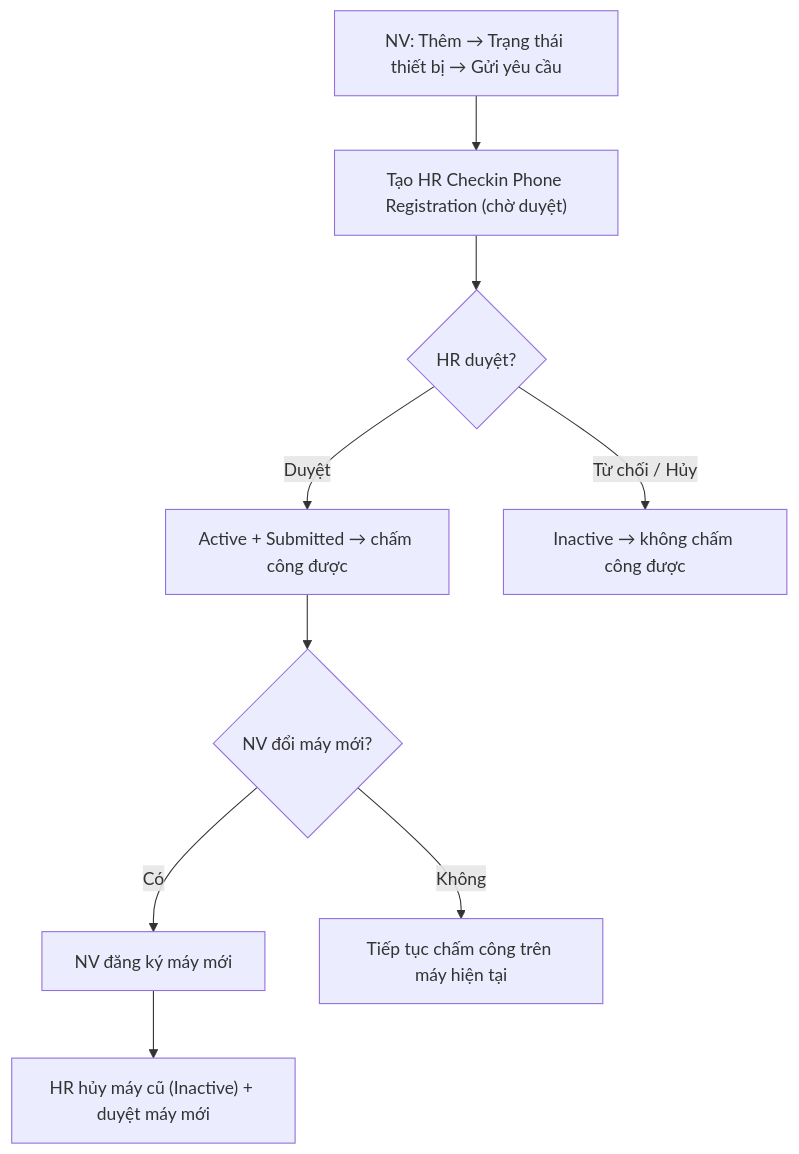
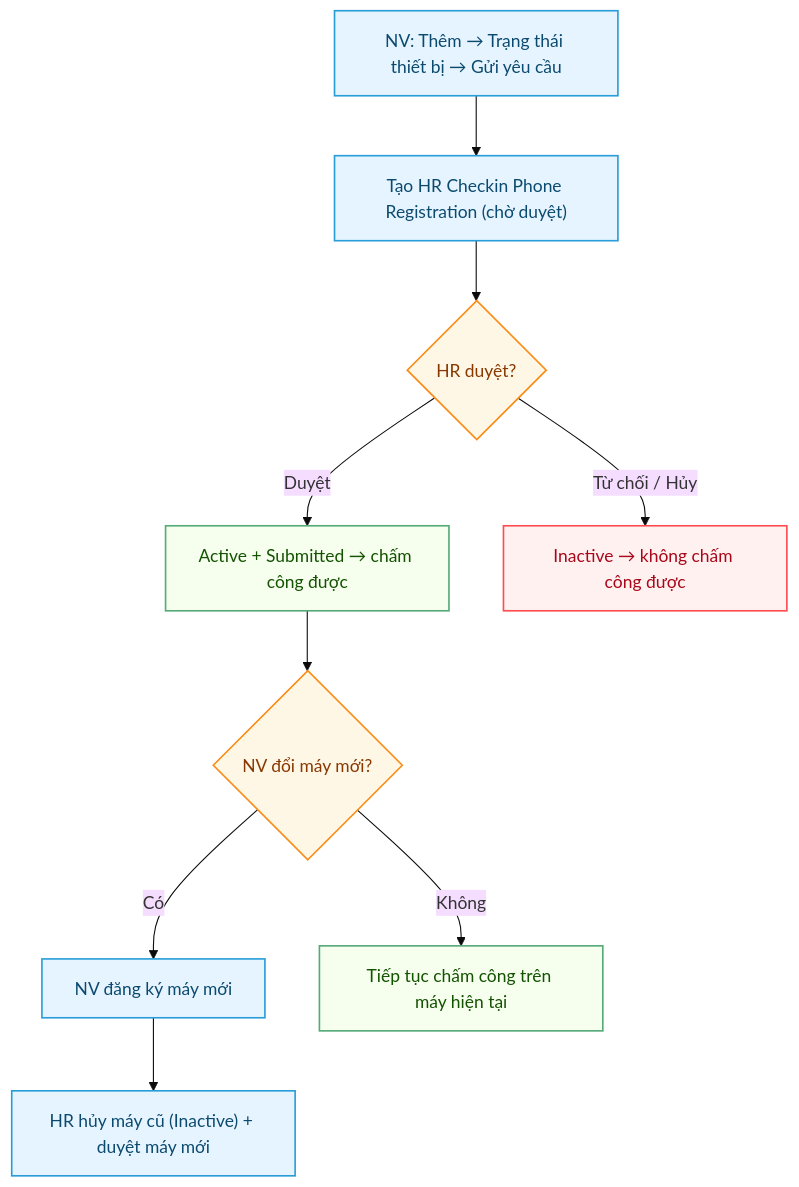
The diagram in users/HR-Checkin-Phone-Registration.md (CobeGroup/cobe_erp_documents), drawn with Mermaid before and after one commit. The commit also changed 5 other files, not shown here.

First line of the commit message:
docs: flowchart tô màu theo loại ô (process/decision/kết quả) + tăng cỡ chữ doc

````diff
--- a/users/HR-Checkin-Phone-Registration.md
+++ b/users/HR-Checkin-Phone-Registration.md
@@ -19,11 +19,22 @@
 ```mermaid
+%%{init: {'theme':'base','themeVariables':{'fontSize':'16px'},'flowchart':{'nodeSpacing':50,'rankSpacing':55}}}%%
 flowchart TD
+  classDef process fill:#e6f4ff,stroke:#299dd8,stroke-width:1.5px,color:#0b4a6f;
+  classDef decision fill:#fff7e6,stroke:#fa8c16,stroke-width:1.5px,color:#873800;
+  classDef good fill:#f6ffed,stroke:#54ab78,stroke-width:1.5px,color:#135200;
+  classDef bad fill:#fff1f0,stroke:#ff4d4f,stroke-width:1.5px,color:#a8071a;
+
   A["NV: Thêm → Trạng thái thiết bị → Gửi yêu cầu"] --> B["Tạo HR Checkin Phone Registration (chờ duyệt)"]
   B --> C{"HR duyệt?"}
   C -- "Duyệt" --> D["Active + Submitted → chấm công được"]
   C -- "Từ chối / Hủy" --> E["Inactive → không chấm công được"]
   D --> F{"NV đổi máy mới?"}
   F -- "Có" --> G["NV đăng ký máy mới"]
   G --> H["HR hủy máy cũ (Inactive) + duyệt máy mới"]
   F -- "Không" --> I["Tiếp tục chấm công trên máy hiện tại"]
+
+  class A,B,G,H process
+  class C,F decision
+  class D,I good
+  class E bad
 ```
````
